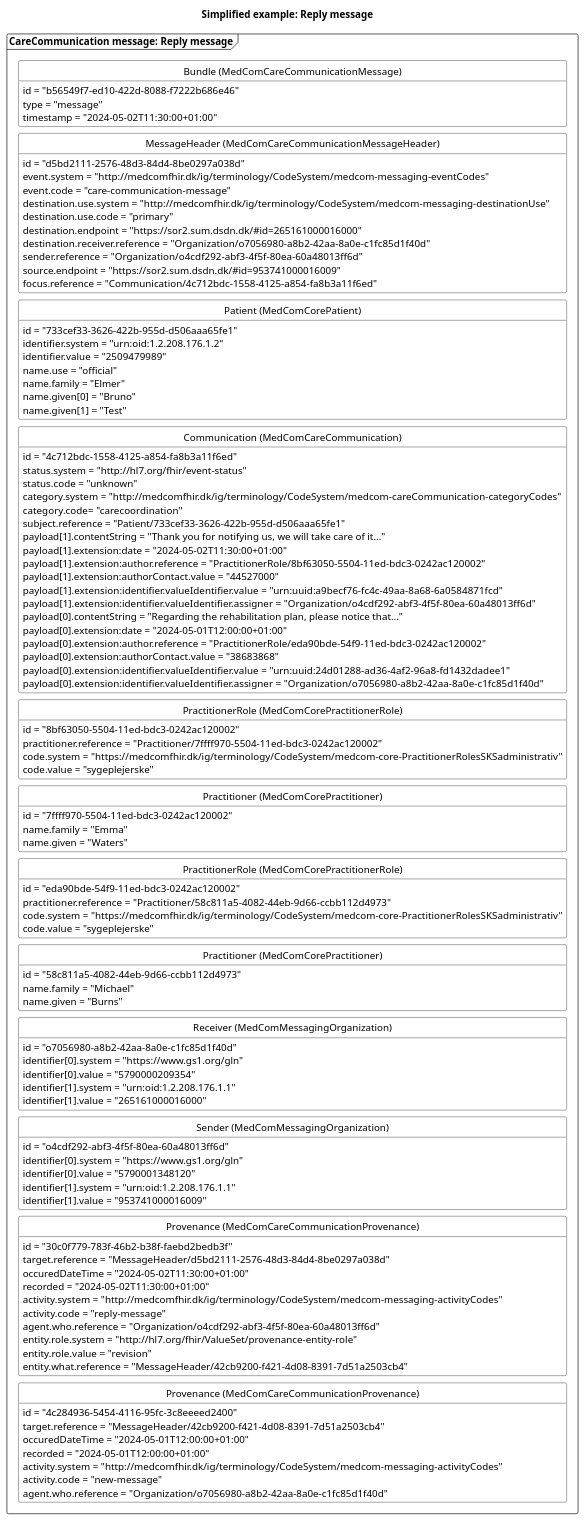
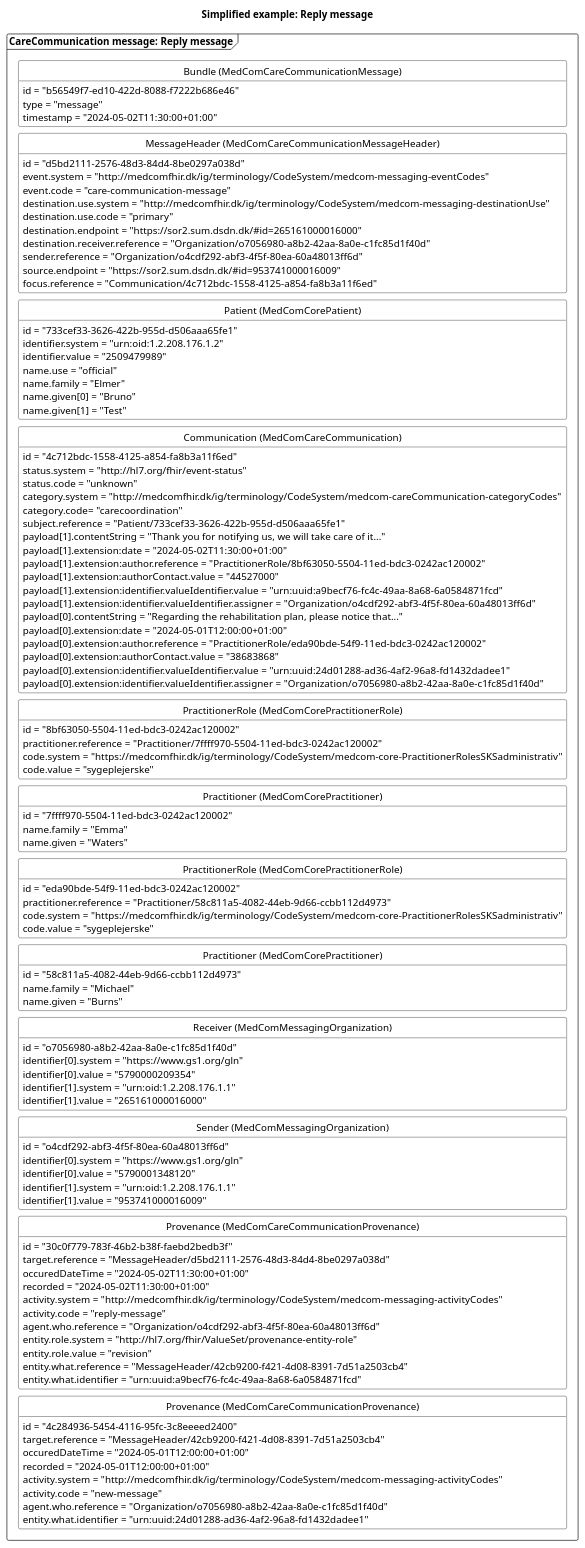
The diagram in puml/CareCommunicationReplyMessage.puml (medcomdk/dk-medcom-carecommunication), drawn with PlantUML before and after one commit. The commit also changed 21 other files, not shown here.

```diff
--- a/puml/CareCommunicationReplyMessage.puml
+++ b/puml/CareCommunicationReplyMessage.puml
@@ -1,137 +1,139 @@
 @startuml CCreplyMessage
 
 'layout
 skinparam class {
     BackgroundColor White
     BorderColor Black
     ArrowColor Black
   }
 hide circle
 hide empty members
 skinparam SameClassWidth true
 skinparam Ranksep 10
 
 
 'title
 title Simplified example: Reply message
 
 'Message 1: reply message
 package "CareCommunication message: Reply message" as reply <<Frame>>{
     class "Bundle (MedComCareCommunicationMessage)" as replyB {
         id = "b56549f7-ed10-422d-8088-f7222b686e46"
         type = "message"
         timestamp = "2024-05-02T11:30:00+01:00"
     }
     class "MessageHeader (MedComCareCommunicationMessageHeader)" as replyMH{
         id = "d5bd2111-2576-48d3-84d4-8be0297a038d"
         event.system = "http://medcomfhir.dk/ig/terminology/CodeSystem/medcom-messaging-eventCodes"
         event.code = "care-communication-message"
         destination.use.system = "http://medcomfhir.dk/ig/terminology/CodeSystem/medcom-messaging-destinationUse"
         destination.use.code = "primary"
         destination.endpoint = "https://sor2.sum.dsdn.dk/#id=265161000016000"
         destination.receiver.reference = "Organization/o7056980-a8b2-42aa-8a0e-c1fc85d1f40d"
         sender.reference = "Organization/o4cdf292-abf3-4f5f-80ea-60a48013ff6d"
         source.endpoint = "https://sor2.sum.dsdn.dk/#id=953741000016009"
         focus.reference = "Communication/4c712bdc-1558-4125-a854-fa8b3a11f6ed"
     }
     class "Patient (MedComCorePatient)" as replyPT{
         id = "733cef33-3626-422b-955d-d506aaa65fe1"
         identifier.system = "urn:oid:1.2.208.176.1.2"
         identifier.value = "2509479989"
         name.use = "official"
         name.family = "Elmer"
         name.given[0] = "Bruno"
         name.given[1] = "Test"
     }
     class "Communication (MedComCareCommunication)" as replyCom{
         id = "4c712bdc-1558-4125-a854-fa8b3a11f6ed"
         status.system = "http://hl7.org/fhir/event-status" 
         status.code = "unknown"
         category.system = "http://medcomfhir.dk/ig/terminology/CodeSystem/medcom-careCommunication-categoryCodes"
         category.code= "carecoordination"
         subject.reference = "Patient/733cef33-3626-422b-955d-d506aaa65fe1"
         payload[1].contentString = "Thank you for notifying us, we will take care of it..."
         payload[1].extension:date = "2024-05-02T11:30:00+01:00"
         payload[1].extension:author.reference = "PractitionerRole/8bf63050-5504-11ed-bdc3-0242ac120002"
         payload[1].extension:authorContact.value = "44527000"
         payload[1].extension:identifier.valueIdentifier.value = "urn:uuid:a9becf76-fc4c-49aa-8a68-6a0584871fcd"
         payload[1].extension:identifier.valueIdentifier.assigner = "Organization/o4cdf292-abf3-4f5f-80ea-60a48013ff6d"
         payload[0].contentString = "Regarding the rehabilitation plan, please notice that..."
         payload[0].extension:date = "2024-05-01T12:00:00+01:00"
         payload[0].extension:author.reference = "PractitionerRole/eda90bde-54f9-11ed-bdc3-0242ac120002"
         payload[0].extension:authorContact.value = "38683868"
         payload[0].extension:identifier.valueIdentifier.value = "urn:uuid:24d01288-ad36-4af2-96a8-fd1432dadee1"
         payload[0].extension:identifier.valueIdentifier.assigner = "Organization/o7056980-a8b2-42aa-8a0e-c1fc85d1f40d"
     } 
     class "PractitionerRole (MedComCorePractitionerRole)" as replyPracR{
         id = "8bf63050-5504-11ed-bdc3-0242ac120002"
         practitioner.reference = "Practitioner/7ffff970-5504-11ed-bdc3-0242ac120002"
         code.system = "https://medcomfhir.dk/ig/terminology/CodeSystem/medcom-core-PractitionerRolesSKSadministrativ"
         code.value = "sygeplejerske"
     }
     class "Practitioner (MedComCorePractitioner)" as replyPrac{
         id = "7ffff970-5504-11ed-bdc3-0242ac120002"
         name.family = "Emma"
         name.given = "Waters"
     }
     class "PractitionerRole (MedComCorePractitionerRole)" as newPracR{
         id = "eda90bde-54f9-11ed-bdc3-0242ac120002"
         practitioner.reference = "Practitioner/58c811a5-4082-44eb-9d66-ccbb112d4973"
         code.system = "https://medcomfhir.dk/ig/terminology/CodeSystem/medcom-core-PractitionerRolesSKSadministrativ"
         code.value = "sygeplejerske"
     }
     class "Practitioner (MedComCorePractitioner)" as newPrac{
         id = "58c811a5-4082-44eb-9d66-ccbb112d4973"
         name.family = "Michael"
         name.given = "Burns"
     }
     class "Sender (MedComMessagingOrganization)" as replySOrg{
         id = "o4cdf292-abf3-4f5f-80ea-60a48013ff6d"
         identifier[0].system = "https://www.gs1.org/gln"
         identifier[0].value = "5790001348120"
         identifier[1].system = "urn:oid:1.2.208.176.1.1"
         identifier[1].value = "953741000016009"
     }
     class "Receiver (MedComMessagingOrganization)" as replyROrg{
         id = "o7056980-a8b2-42aa-8a0e-c1fc85d1f40d"
         identifier[0].system = "https://www.gs1.org/gln"
         identifier[0].value = "5790000209354"
         identifier[1].system = "urn:oid:1.2.208.176.1.1"
         identifier[1].value = "265161000016000"
     }
     class "Provenance (MedComCareCommunicationProvenance)" as replyPRO{
         id = "30c0f779-783f-46b2-b38f-faebd2bedb3f"
         target.reference = "MessageHeader/d5bd2111-2576-48d3-84d4-8be0297a038d"
         occuredDateTime = "2024-05-02T11:30:00+01:00"
         recorded = "2024-05-02T11:30:00+01:00"
         activity.system = "http://medcomfhir.dk/ig/terminology/CodeSystem/medcom-messaging-activityCodes"
         activity.code = "reply-message"
         agent.who.reference = "Organization/o4cdf292-abf3-4f5f-80ea-60a48013ff6d"
         entity.role.system = "http://hl7.org/fhir/ValueSet/provenance-entity-role"
         entity.role.value = "revision"
         entity.what.reference = "MessageHeader/42cb9200-f421-4d08-8391-7d51a2503cb4"
+        entity.what.identifier = "urn:uuid:a9becf76-fc4c-49aa-8a68-6a0584871fcd"
     }
     class "Provenance (MedComCareCommunicationProvenance)" as newPRO{
         id = "4c284936-5454-4116-95fc-3c8eeeed2400"
         target.reference = "MessageHeader/42cb9200-f421-4d08-8391-7d51a2503cb4"
         occuredDateTime = "2024-05-01T12:00:00+01:00"
         recorded = "2024-05-01T12:00:00+01:00"
         activity.system = "http://medcomfhir.dk/ig/terminology/CodeSystem/medcom-messaging-activityCodes"
         activity.code = "new-message"
         agent.who.reference = "Organization/o7056980-a8b2-42aa-8a0e-c1fc85d1f40d"
+        entity.what.identifier = "urn:uuid:24d01288-ad36-4af2-96a8-fd1432dadee1"
     }
 
 replyB -[hidden]- replyMH
 replyMH -[hidden]-replyPT
 replyPT-[hidden]-replyCom
 replyCom -[hidden]-replyPracR
 replyPracR-[hidden]-replyPrac
 replyPrac-[hidden]-newPracR
 newPracR-[hidden]-newPrac
 newPrac-[hidden]-replyROrg
 replyROrg-[hidden]- replySOrg
 replySOrg-[hidden]-replyPRO
 replyPRO-[hidden]-newPRO
 
 
 @enduml
```
